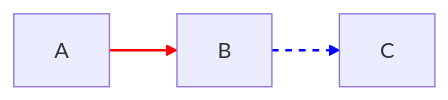
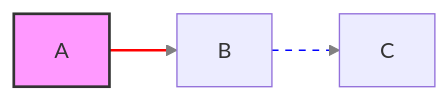
One commit to marcusquinn/aidevops changed the tenth of 13 diagrams in .agents/tools/diagrams/mermaid-diagrams-skill/references/FLOWCHARTS.md. Above: the diagram before and after it, drawn with Mermaid. The commit also changed other lines of this file, not shown here.

Commit message:
simplification: tighten FLOWCHARTS.md reference doc (431→217 lines) (GH#7986)

````diff
--- a/.agents/tools/diagrams/mermaid-diagrams-skill/references/FLOWCHARTS.md
+++ b/.agents/tools/diagrams/mermaid-diagrams-skill/references/FLOWCHARTS.md
@@ -307,6 +165,8 @@
 ```mermaid
 flowchart LR
     A --> B --> C
+    style A fill:#f9f,stroke:#333,stroke-width:2px
     linkStyle 0 stroke:red,stroke-width:2px
-    linkStyle 1 stroke:blue,stroke-width:2px,stroke-dasharray:5
+    linkStyle 1 stroke:blue,stroke-dasharray:5
+    linkStyle default stroke:gray,stroke-width:1px
 ```
````
